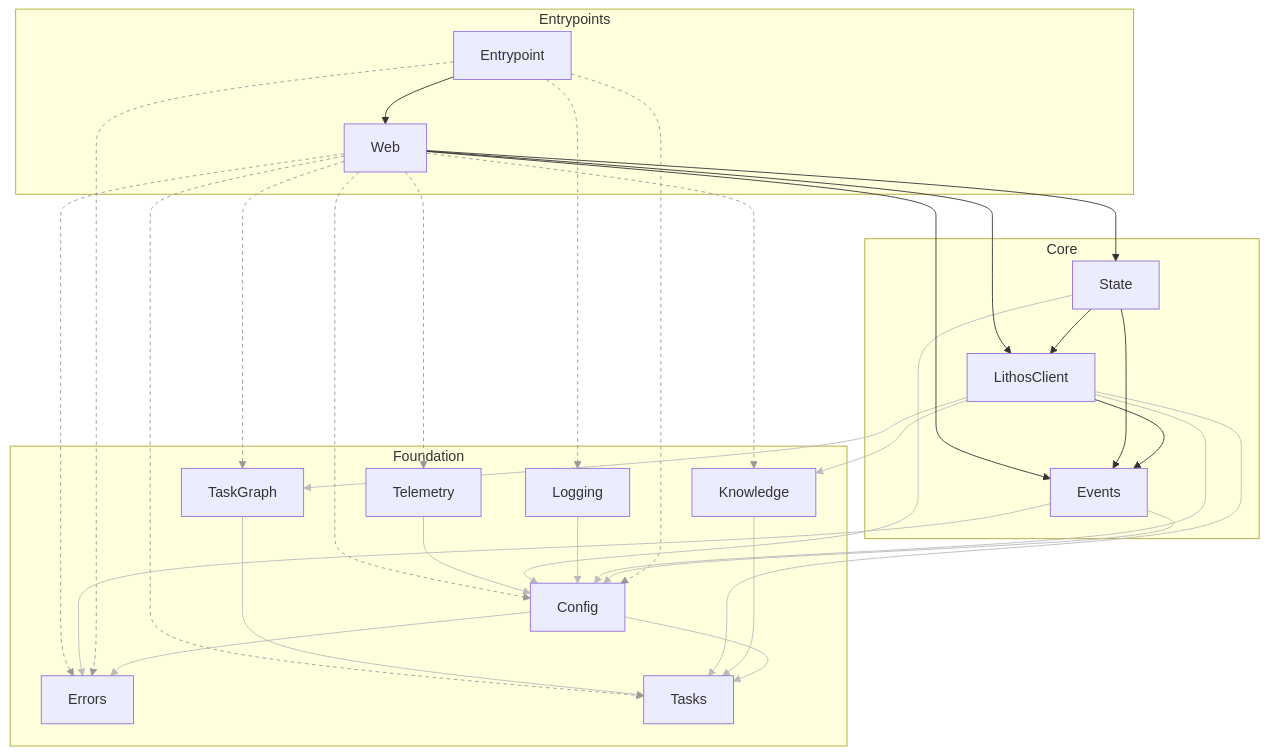
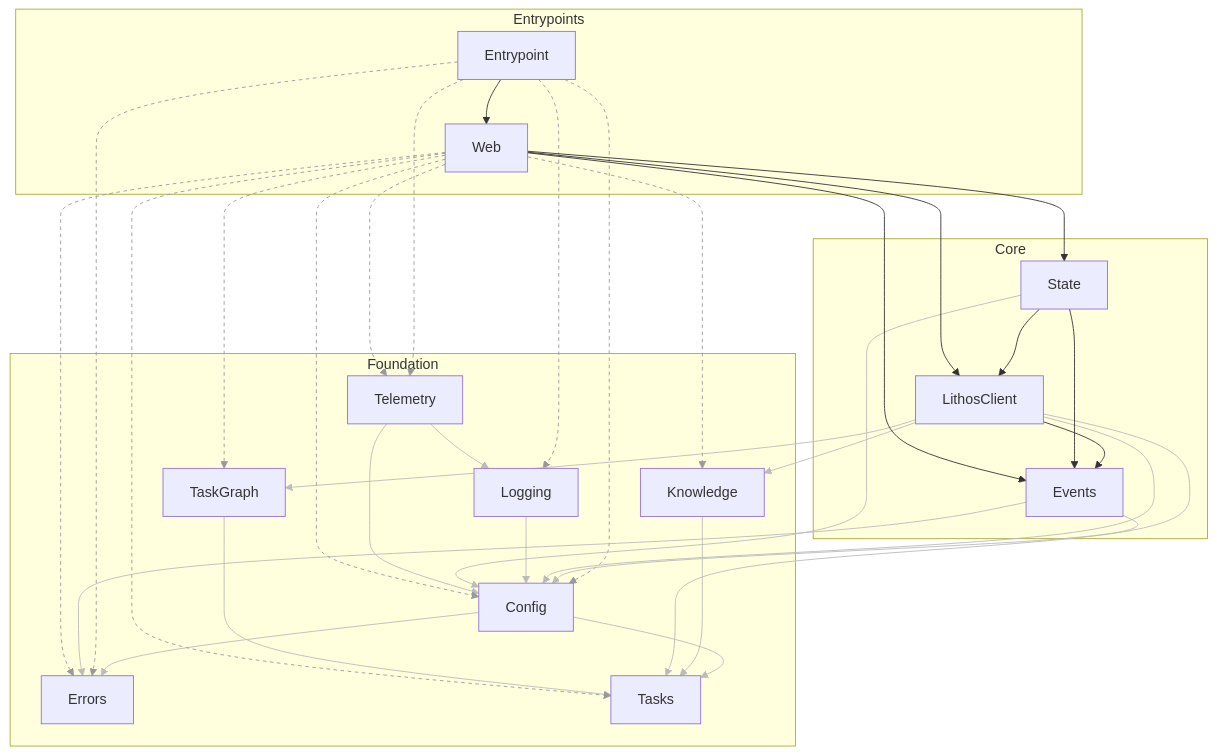
The diagram in docs/generated/architecture.md (agent-lore/lithos-lens), drawn with Mermaid before and after one commit. The commit also changed 22 other files, not shown here.

````diff
--- a/docs/generated/architecture.md
+++ b/docs/generated/architecture.md
@@ -40,6 +40,7 @@
   Entrypoint --> Config
   Entrypoint --> Errors
   Entrypoint --> Logging
+  Entrypoint --> Telemetry
   Entrypoint --> Web
   Events --> Config
   Events --> Errors
@@ -55,6 +56,7 @@
   State --> LithosClient
   TaskGraph --> Tasks
   Telemetry --> Config
+  Telemetry --> Logging
   Web --> Config
   Web --> Errors
   Web --> Events
@@ -69,21 +71,23 @@
   linkStyle 2 stroke:#999,stroke-dasharray:4
   linkStyle 3 stroke:#999,stroke-dasharray:4
   linkStyle 4 stroke:#999,stroke-dasharray:4
-  linkStyle 6 stroke:#bbb
+  linkStyle 5 stroke:#999,stroke-dasharray:4
   linkStyle 7 stroke:#bbb
   linkStyle 8 stroke:#bbb
   linkStyle 9 stroke:#bbb
-  linkStyle 11 stroke:#bbb
+  linkStyle 10 stroke:#bbb
   linkStyle 12 stroke:#bbb
   linkStyle 13 stroke:#bbb
   linkStyle 14 stroke:#bbb
   linkStyle 15 stroke:#bbb
-  linkStyle 18 stroke:#bbb
+  linkStyle 16 stroke:#bbb
   linkStyle 19 stroke:#bbb
-  linkStyle 20 stroke:#999,stroke-dasharray:4
-  linkStyle 21 stroke:#999,stroke-dasharray:4
+  linkStyle 20 stroke:#bbb
+  linkStyle 21 stroke:#bbb
+  linkStyle 22 stroke:#999,stroke-dasharray:4
   linkStyle 23 stroke:#999,stroke-dasharray:4
-  linkStyle 26 stroke:#999,stroke-dasharray:4
-  linkStyle 27 stroke:#999,stroke-dasharray:4
+  linkStyle 25 stroke:#999,stroke-dasharray:4
   linkStyle 28 stroke:#999,stroke-dasharray:4
+  linkStyle 29 stroke:#999,stroke-dasharray:4
+  linkStyle 30 stroke:#999,stroke-dasharray:4
 ```
````
